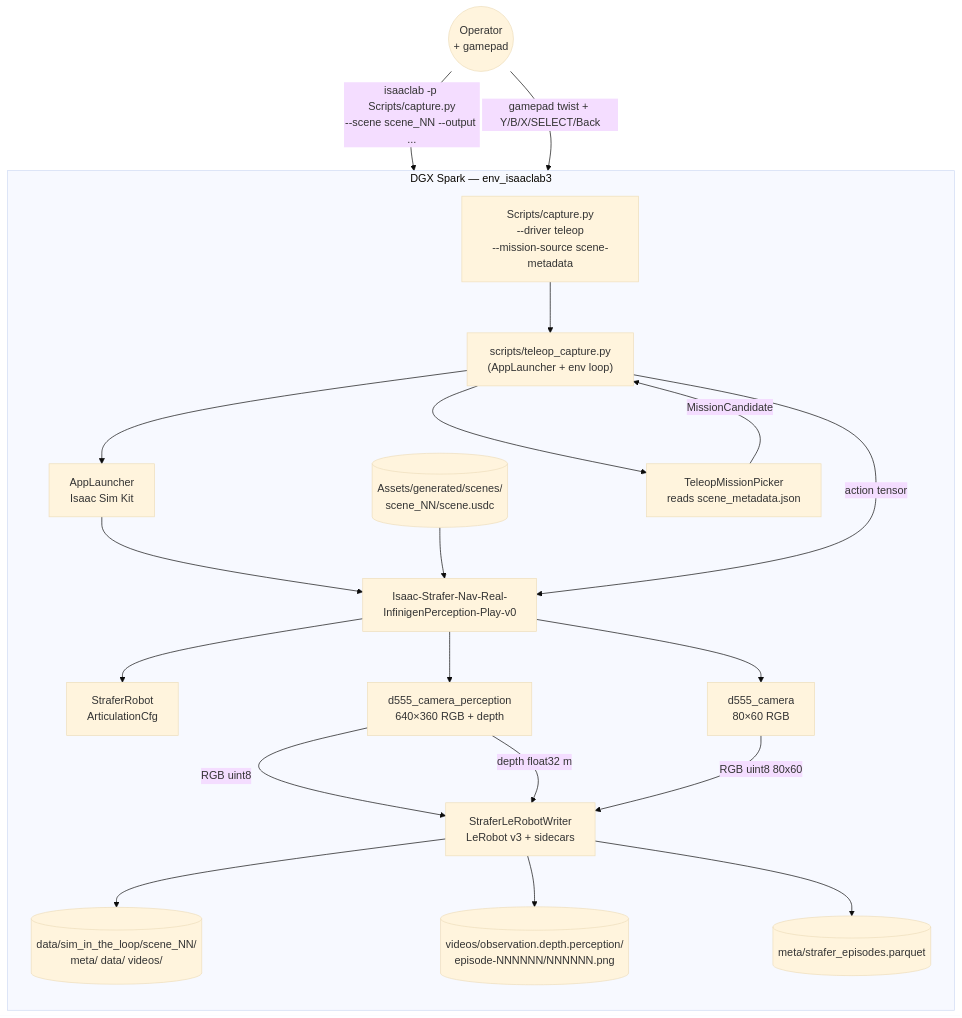
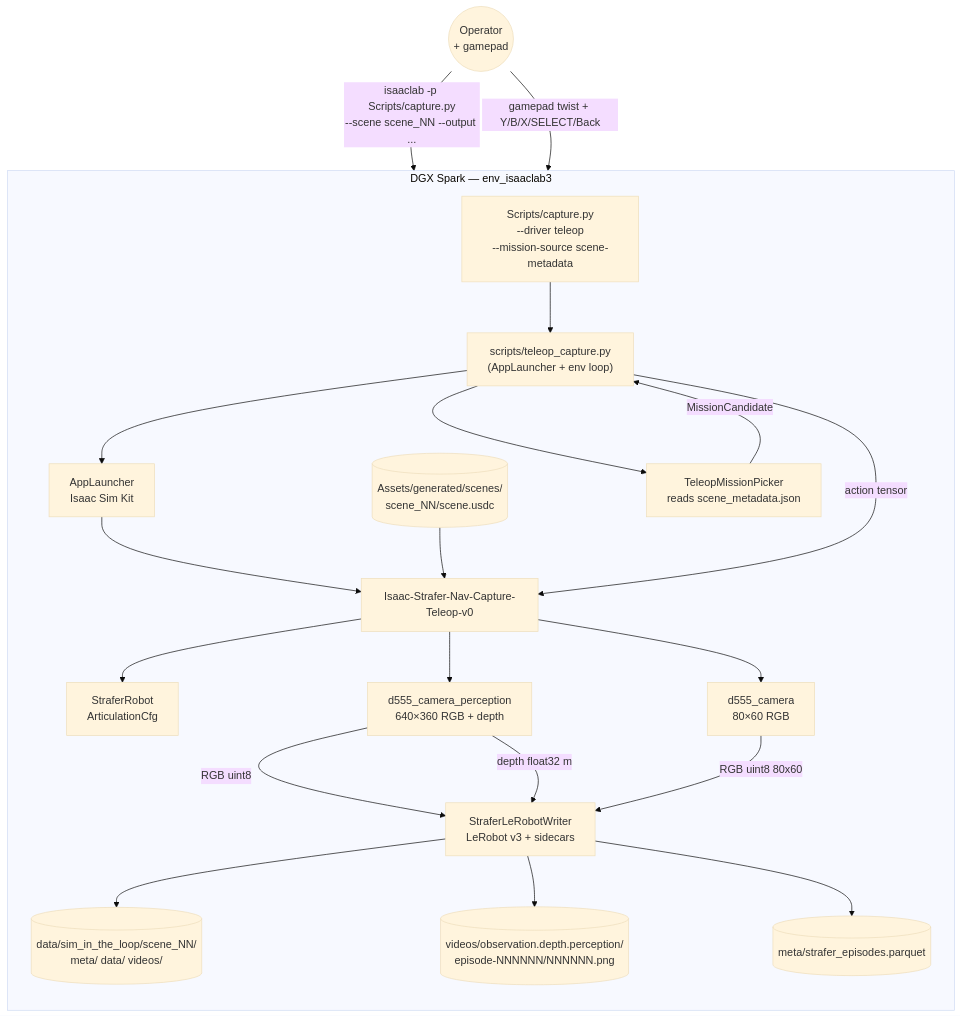
The fourth of 7 diagrams in docs/SYSTEM_FLOW_DIAGRAMS.md (zachoines/Sim2RealLab), drawn with Mermaid (base theme) before and after one commit. The commit also changed other lines of this file and 41 other files, not shown here.

````diff
--- a/docs/SYSTEM_FLOW_DIAGRAMS.md
+++ b/docs/SYSTEM_FLOW_DIAGRAMS.md
@@ -297,53 +297,53 @@
 ```mermaid
 flowchart TB
     Operator((Operator<br/>+ gamepad))
 
     subgraph DGX["DGX Spark — env_isaaclab3"]
         direction TB
 
         Capture["Scripts/capture.py<br/>--driver teleop<br/>--mission-source scene-metadata"]
         Teleop["scripts/teleop_capture.py<br/>(AppLauncher + env loop)"]
         AppLauncher["AppLauncher<br/>Isaac Sim Kit"]
-        Env["Isaac-Strafer-Nav-Real-<br/>InfinigenPerception-Play-v0"]
+        Env["Isaac-Strafer-Nav-Capture-Teleop-v0"]
         SceneUSD[("Assets/generated/scenes/<br/>scene_NN/scene.usdc")]
         Robot["StraferRobot<br/>ArticulationCfg"]
         Camera["d555_camera_perception<br/>640×360 RGB + depth"]
         PolicyCam["d555_camera<br/>80×60 RGB"]
 
         Picker["TeleopMissionPicker<br/>reads scene_metadata.json"]
         Writer["StraferLeRobotWriter<br/>LeRobot v3 + sidecars"]
 
         Dataset[("data/sim_in_the_loop/scene_NN/<br/>meta/ data/ videos/")]
         DepthSidecar[("videos/observation.depth.perception/<br/>episode-NNNNNN/NNNNNN.png")]
         StraferSidecar[("meta/strafer_episodes.parquet")]
     end
 
     Operator -->|isaaclab -p Scripts/capture.py<br/>--scene scene_NN --output ...| Capture
 
     Capture --> Teleop
     Teleop --> AppLauncher
     AppLauncher --> Env
     SceneUSD --> Env
     Env --> Robot
     Env --> Camera
     Env --> PolicyCam
 
     Operator -->|gamepad twist + Y/B/X/SELECT/Back| Teleop
     Teleop -->|action tensor| Env
     Picker -->|MissionCandidate| Teleop
     Teleop --> Picker
 
     Camera -->|RGB uint8| Writer
     Camera -->|depth float32 m| Writer
     PolicyCam -->|RGB uint8 80x60| Writer
 
     Writer --> Dataset
     Writer --> DepthSidecar
     Writer --> StraferSidecar
 
     click Capture "../Scripts/capture.py" "Harness data-capture entry point"
     click Teleop "../source/strafer_lab/scripts/teleop_capture.py" "Gamepad teleop driver"
     click Env "../source/strafer_lab/strafer_lab/tasks/navigation" "Infinigen perception env"
     click Picker "../source/strafer_lab/strafer_lab/tools/teleop_mission_picker.py" "Scene-metadata mission picker"
     click Writer "../source/strafer_lab/strafer_lab/tools/lerobot_writer.py" "LeRobot v3 writer + strafer sidecars"
 ```
````
